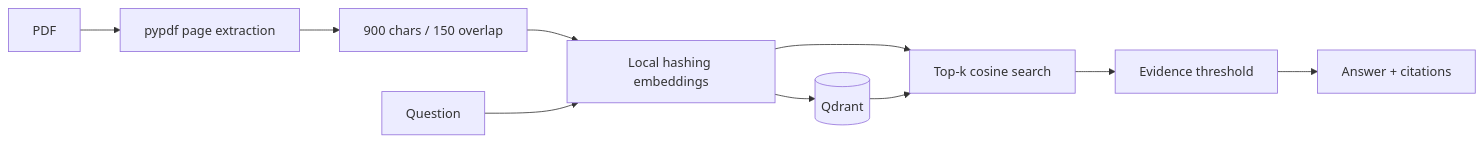
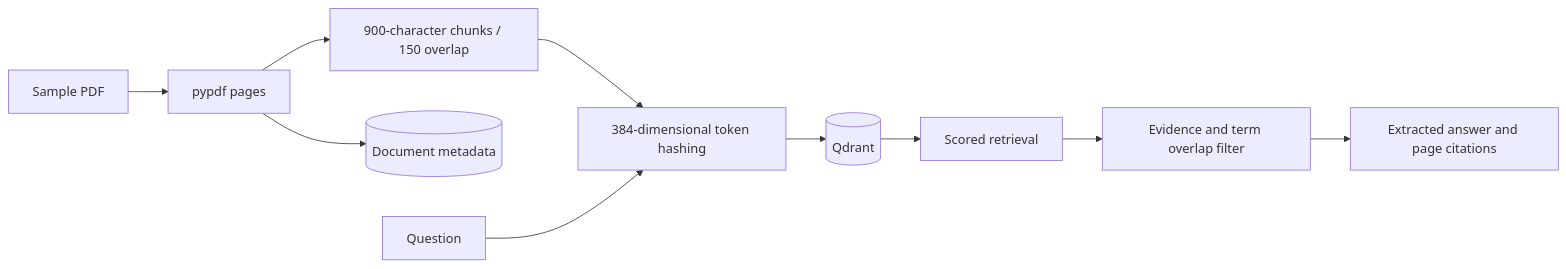
One commit to faizansahi/rag-document-assistant changed the diagram in README.md. Above: the diagram before and after it, drawn with Mermaid. The commit also changed other lines of this file and 21 other files, not shown here.

Commit message:
docs: add architecture and verified demo evidence

````diff
--- a/README.md
+++ b/README.md
@@ -5,6 +32,12 @@
 ```mermaid
 flowchart LR
- PDF --> Parser[pypdf page extraction] --> Chunker[900 chars / 150 overlap] --> Embed[Local hashing embeddings] --> Q[(Qdrant)]
- Question --> Embed --> Retrieve[Top-k cosine search] --> Guard[Evidence threshold] --> Answer[Answer + citations]
- Q --> Retrieve
+  PDF[Sample PDF] --> Parse[pypdf pages]
+  Parse --> Chunk[900-character chunks / 150 overlap]
+  Chunk --> Embed[384-dimensional token hashing]
+  Embed --> Q[(Qdrant)]
+  Parse --> SQL[(Document metadata)]
+  Ask[Question] --> Embed
+  Q --> Hits[Scored retrieval]
+  Hits --> Gate[Evidence and term overlap filter]
+  Gate --> Answer[Extracted answer and page citations]
 ```
````
